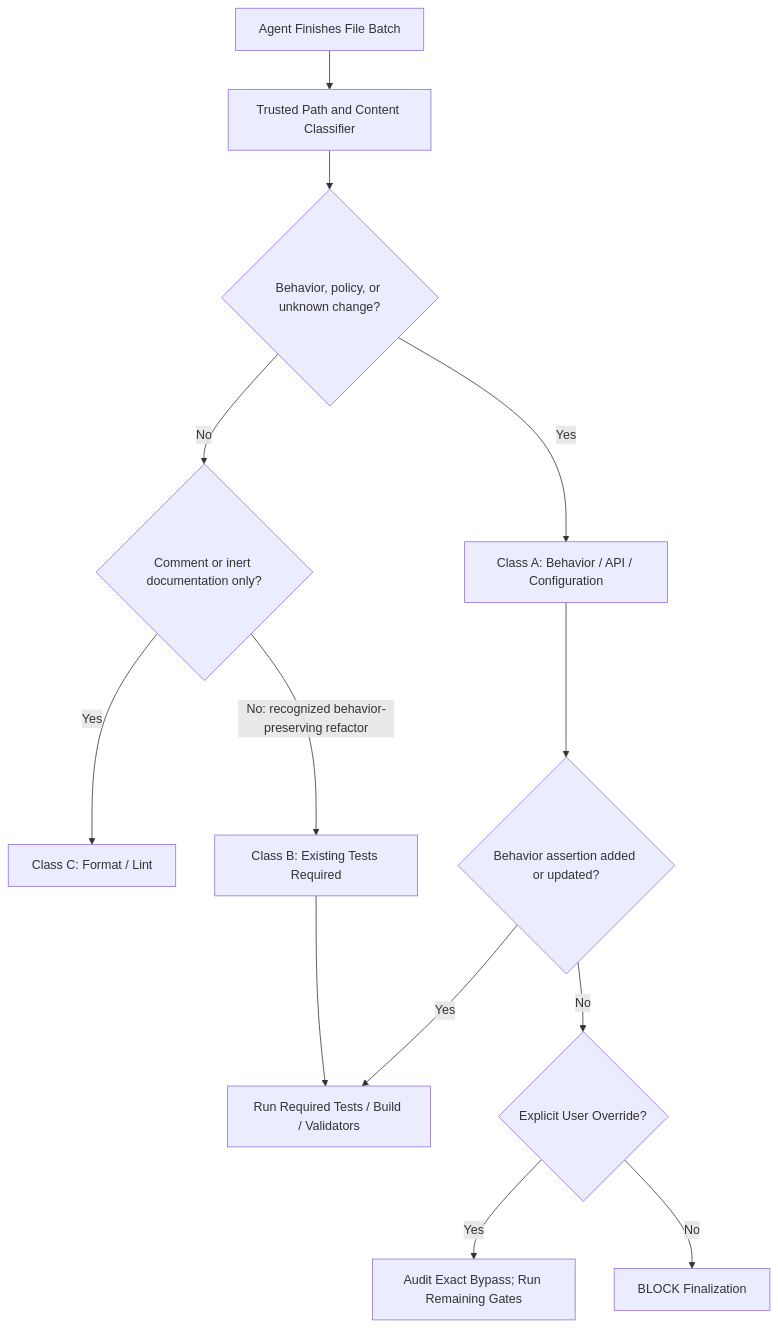
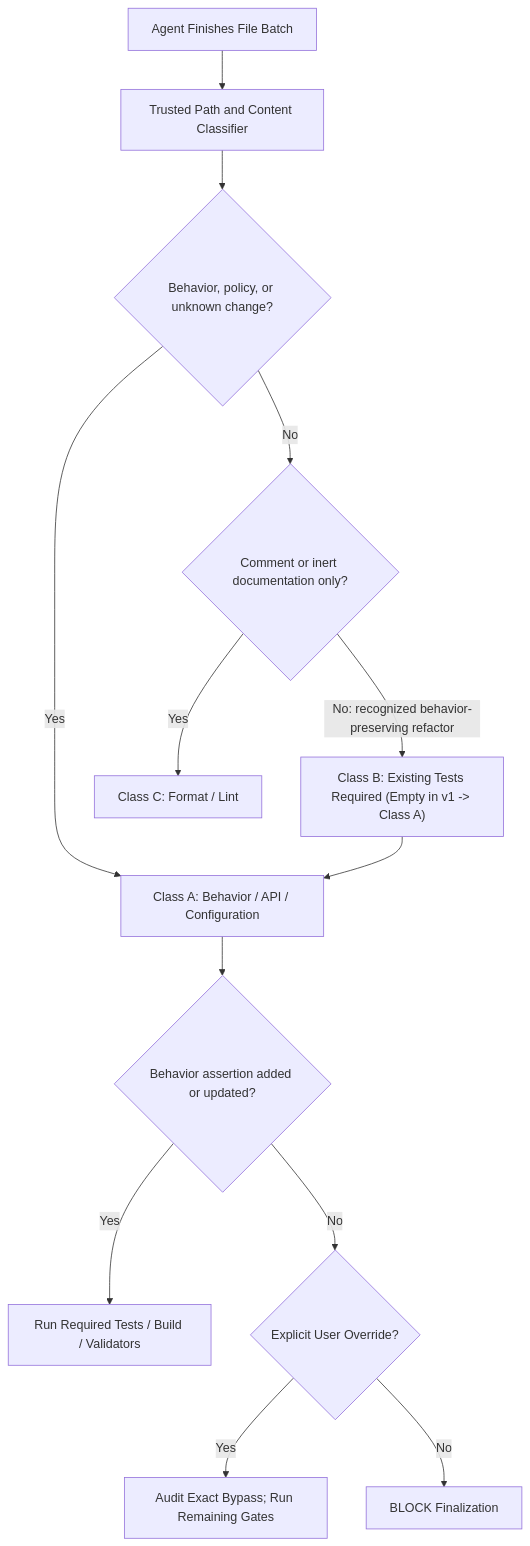
Before and after one commit to RishiiShah/DevCode: the diagram in docs/devcode.md, drawn with Mermaid. The commit also changed other lines of this file and 17 other files, not shown here.

````diff
--- a/docs/devcode.md
+++ b/docs/devcode.md
@@ -161,15 +163,15 @@
 ```mermaid
 flowchart TD
     A["Agent Finishes File Batch"] --> B["Trusted Path and Content Classifier"]
     B --> C{"Behavior, policy, or unknown change?"}
     C -- "Yes" --> D["Class A: Behavior / API / Configuration"]
     C -- "No" --> E{"Comment or inert documentation only?"}
     E -- "Yes" --> F["Class C: Format / Lint"]
-    E -- "No: recognized behavior-preserving refactor" --> G["Class B: Existing Tests Required"]
+    E -- "No: recognized behavior-preserving refactor" --> G["Class B: Existing Tests Required (Empty in v1 -> Class A)"]
     D --> H{"Behavior assertion added or updated?"}
     H -- "Yes" --> I["Run Required Tests / Build / Validators"]
     H -- "No" --> J{"Explicit User Override?"}
     J -- "Yes" --> K["Audit Exact Bypass; Run Remaining Gates"]
     J -- "No" --> L["BLOCK Finalization"]
-    G --> I
+    G --> D
 ```
````
